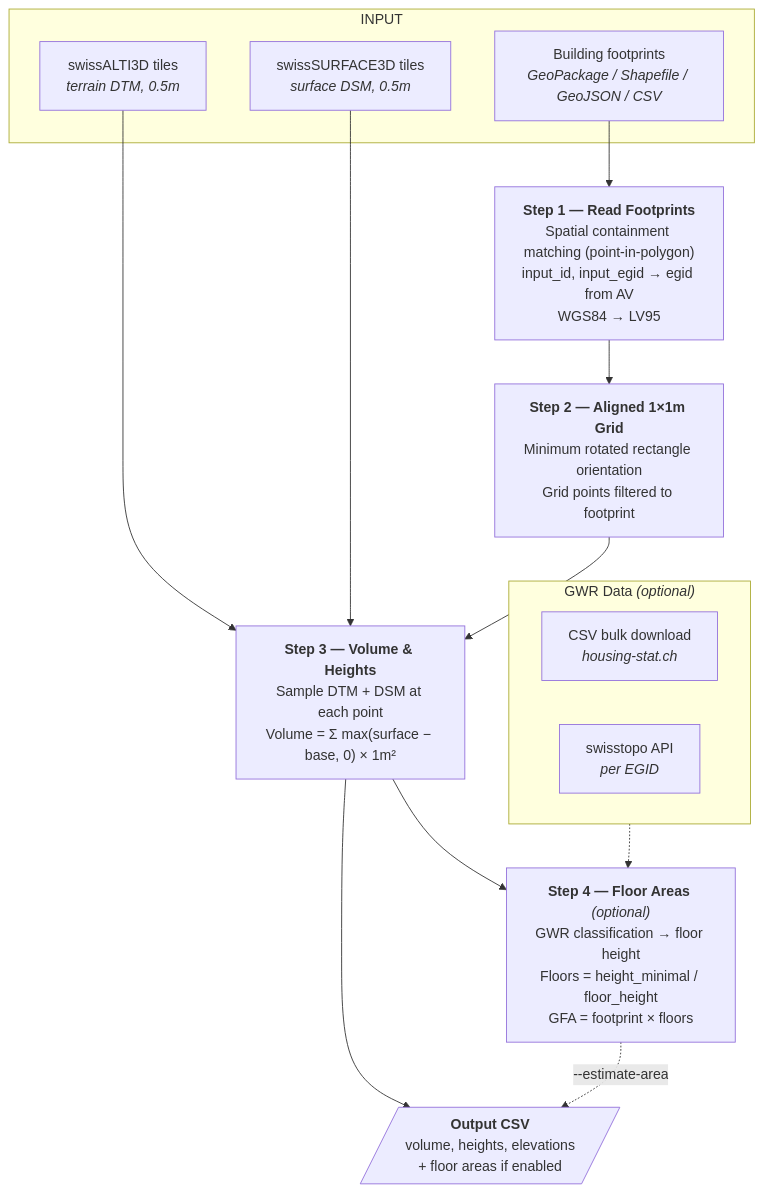
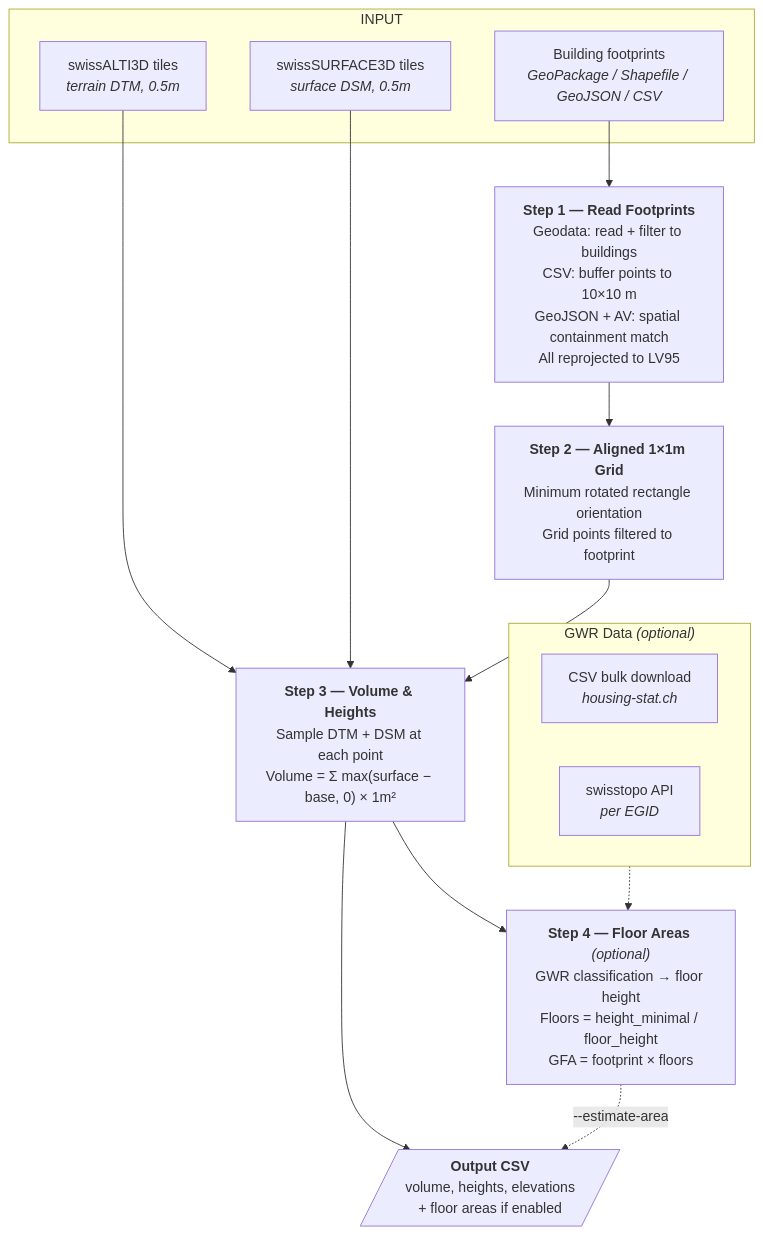
One commit to bbl-dres/area-estimator changed the diagram in README.md. Above: the diagram before and after it, drawn with Mermaid. The commit also changed other lines of this file and 3 other files, not shown here.

````diff
--- a/README.md
+++ b/README.md
@@ -22,31 +22,31 @@
 ```mermaid
 flowchart TD
     subgraph INPUT
         A1[Building footprints<br><i>GeoPackage / Shapefile / GeoJSON / CSV</i>]
         A2[swissALTI3D tiles<br><i>terrain DTM, 0.5m</i>]
         A3[swissSURFACE3D tiles<br><i>surface DSM, 0.5m</i>]
     end
 
     A1 --> S1
     A2 --> S3
     A3 --> S3
 
-    S1["<b>Step 1 — Read Footprints</b><br>Spatial containment matching (point-in-polygon)<br>input_id, input_egid → egid from AV<br>WGS84 → LV95"]
+    S1["<b>Step 1 — Read Footprints</b><br>Geodata: read + filter to buildings<br>CSV: buffer points to 10×10 m<br>GeoJSON + AV: spatial containment match<br>All reprojected to LV95"]
     S2["<b>Step 2 — Aligned 1×1m Grid</b><br>Minimum rotated rectangle orientation<br>Grid points filtered to footprint"]
     S3["<b>Step 3 — Volume & Heights</b><br>Sample DTM + DSM at each point<br>Volume = Σ max(surface − base, 0) × 1m²"]
     S4["<b>Step 4 — Floor Areas</b> <i>(optional)</i><br>GWR classification → floor height<br>Floors = height_minimal / floor_height<br>GFA = footprint × floors"]
 
     S1 --> S2 --> S3 --> S4
 
     S3 --> OUT
     S4 -.->|--estimate-area| OUT
 
     OUT[/"<b>Output CSV</b><br>volume, heights, elevations<br>+ floor areas if enabled"/]
 
     subgraph GWR["GWR Data <i>(optional)</i>"]
         G1[CSV bulk download<br><i>housing-stat.ch</i>]
         G2[swisstopo API<br><i>per EGID</i>]
     end
 
     GWR -.-> S4
 ```
````
